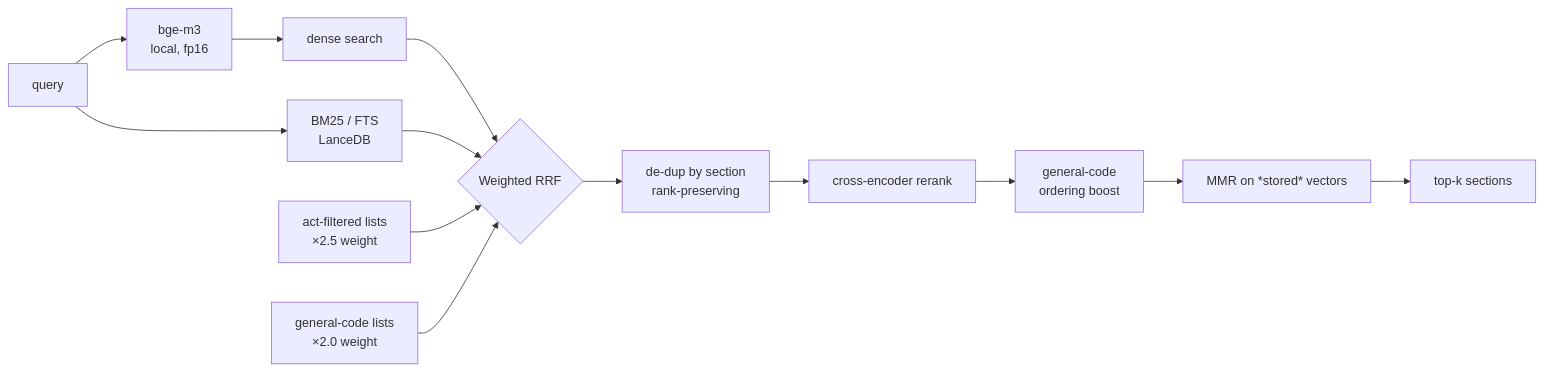
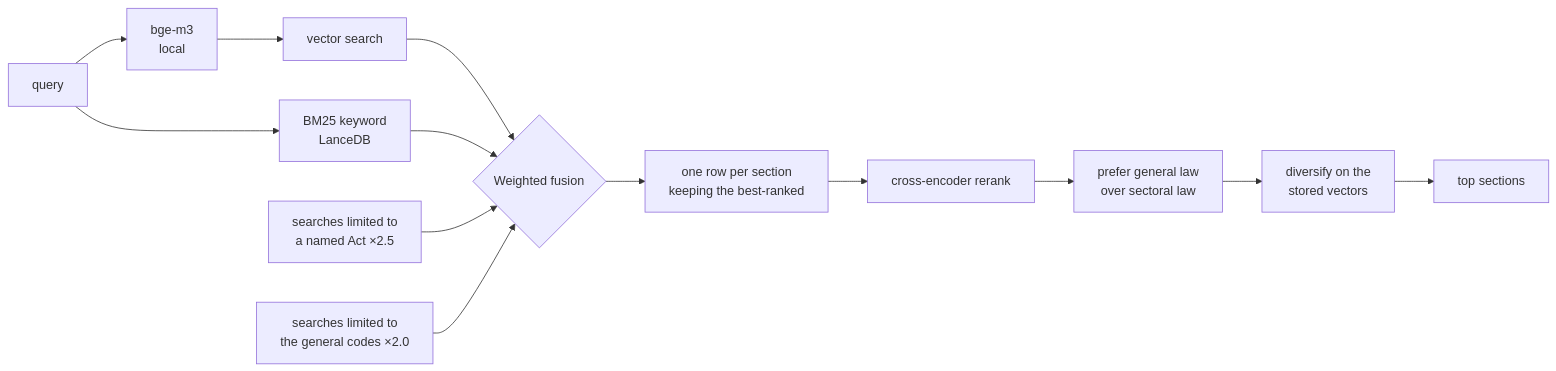
The second of 2 diagrams in README.md (DamnKuldeep/KnowYourRightsAI), drawn with Mermaid before and after one commit. The commit also changed other lines of this file and 4 other files, not shown here.

````diff
--- a/README.md
+++ b/README.md
@@ -132,15 +171,15 @@
 ```mermaid
 flowchart LR
-    Q[query] --> E[bge-m3<br/>local, fp16]
-    Q --> F[BM25 / FTS<br/>LanceDB]
-    E --> D[dense search]
-    D --> R{Weighted RRF}
+    Q[query] --> E[bge-m3<br/>local]
+    Q --> F[BM25 keyword<br/>LanceDB]
+    E --> D[vector search]
+    D --> R{Weighted fusion}
     F --> R
-    AF[act-filtered lists<br/>×2.5 weight] --> R
-    GC[general-code lists<br/>×2.0 weight] --> R
-    R --> DD[de-dup by section<br/>rank-preserving]
+    AF[searches limited to<br/>a named Act ×2.5] --> R
+    GC[searches limited to<br/>the general codes ×2.0] --> R
+    R --> DD[one row per section<br/>keeping the best-ranked]
     DD --> RR[cross-encoder rerank]
-    RR --> BO[general-code<br/>ordering boost]
-    BO --> MM[MMR on *stored* vectors]
-    MM --> T[top-k sections]
+    RR --> BO[prefer general law<br/>over sectoral law]
+    BO --> MM[diversify on the<br/>stored vectors]
+    MM --> T[top sections]
 ```
````
